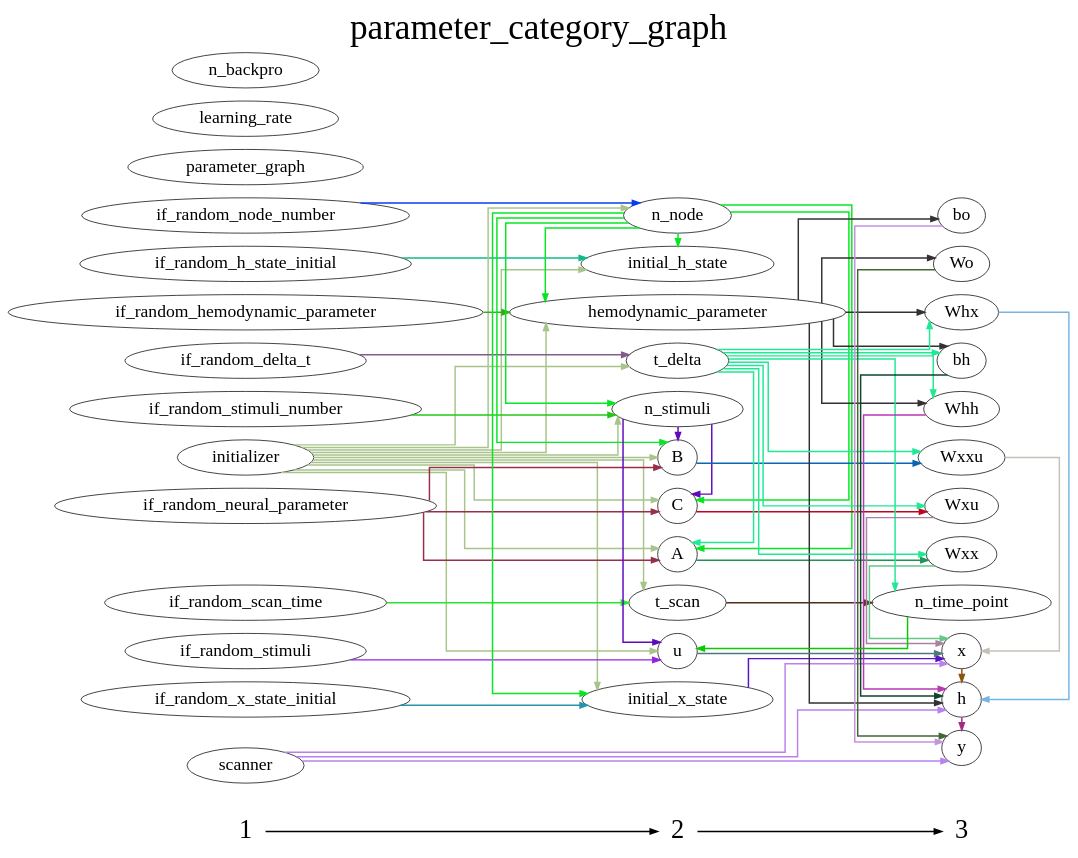
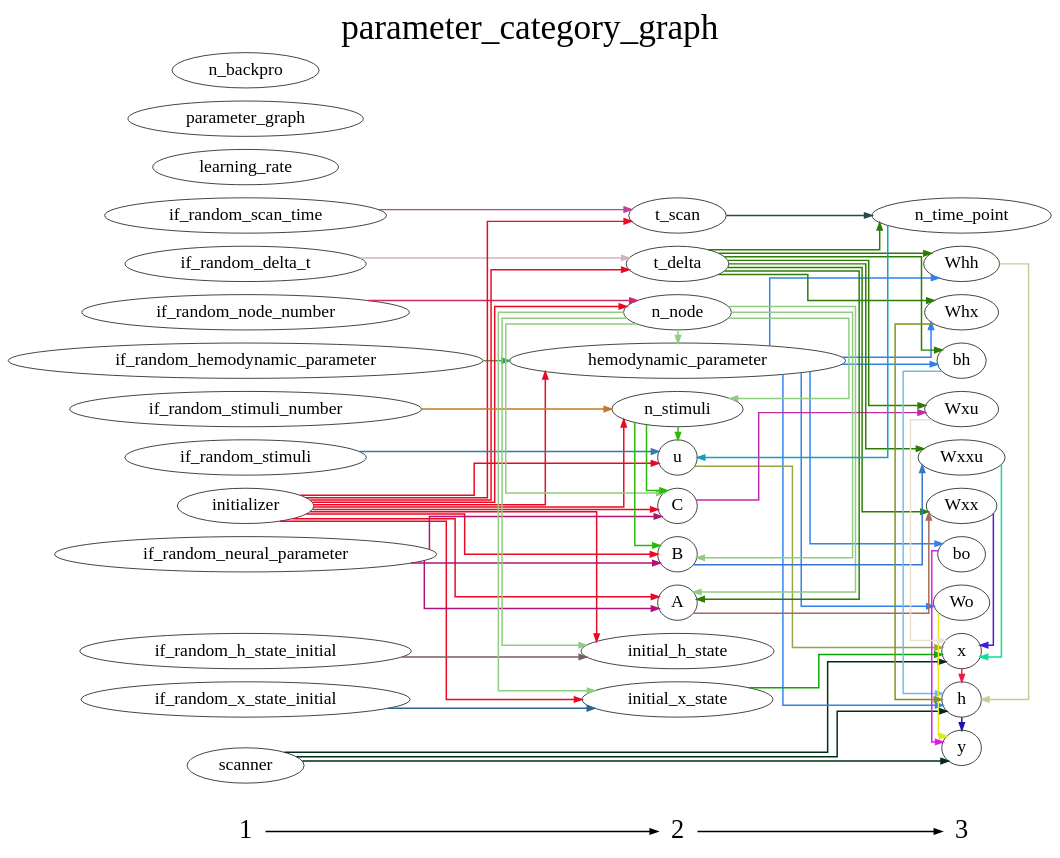
The diagram in DCM_RNN/documents/parameter_category_graph.gv (YuanWangOnward/DCM_RNN), drawn with Graphviz before and after one commit. The commit also changed 8 other files, not shown here.

```diff
--- a/DCM_RNN/documents/parameter_category_graph.gv
+++ b/DCM_RNN/documents/parameter_category_graph.gv
@@ -1,132 +1,132 @@
 digraph G {
           splines=ortho;
           fontsize = 48;
           rankdir = "LR";
           node[fontsize=24];
           edge[penwidth=2];
           {
           node [shape=plaintext fontsize=36];
           1 -> 
           2 -> 
           3
           }
           {rank = same;
           1;
+          if_random_delta_t;
+          if_random_node_number;
+          if_random_scan_time;
+          if_random_hemodynamic_parameter;
+          initializer;
+          scanner;
+          if_random_neural_parameter;
           if_random_h_state_initial;
-          initializer;
-          if_random_neural_parameter;
-          if_random_scan_time;
+          learning_rate;
+          if_random_stimuli;
+          if_random_stimuli_number;
           parameter_graph;
-          learning_rate;
-          if_random_delta_t;
-          if_random_stimuli;
-          scanner;
-          if_random_node_number;
+          if_random_x_state_initial;
           n_backpro;
-          if_random_stimuli_number;
-          if_random_x_state_initial;
-          if_random_hemodynamic_parameter;
           }
           {rank = same;
           2;
+          hemodynamic_parameter;
+          u;
+          C;
+          initial_x_state;
+          t_delta;
+          n_node;
+          t_scan;
           initial_h_state;
-          n_node;
-          initial_x_state;
-          n_stimuli;
-          C;
           A;
           B;
-          hemodynamic_parameter;
-          t_delta;
-          t_scan;
-          u;
+          n_stimuli;
           }
           {rank = same;
           3;
           Wxxu;
           bh;
-          Wxx;
-          h;
-          Wxu;
-          Whh;
+          y;
           n_time_point;
           bo;
+          h;
+          Whh;
+          Wxx;
           x;
+          Wo;
+          Wxu;
           Whx;
-          Wo;
-          y;
           }
-          Wxxu -> x [color="#C6C0B7"];
+          hemodynamic_parameter -> bh [color="#3082EC"];
+          hemodynamic_parameter -> Whh [color="#3082EC"];
+          hemodynamic_parameter -> Wo [color="#3082EC"];
+          hemodynamic_parameter -> Whx [color="#3082EC"];
+          hemodynamic_parameter -> bo [color="#3082EC"];
+          hemodynamic_parameter -> h [color="#3082EC"];
+          if_random_x_state_initial -> initial_x_state [color="#296692"];
+          Wxxu -> x [color="#05E193"];
+          bh -> h [color="#70BBEB"];
+          Wxx -> x [color="#431BE2"];
+          if_random_hemodynamic_parameter -> hemodynamic_parameter [color="#36A250"];
+          initializer -> t_delta [color="#EA0822"];
+          initializer -> t_scan [color="#EA0822"];
+          initializer -> hemodynamic_parameter [color="#EA0822"];
+          initializer -> u [color="#EA0822"];
+          initializer -> C [color="#EA0822"];
+          initializer -> initial_x_state [color="#EA0822"];
+          initializer -> n_node [color="#EA0822"];
+          initializer -> initial_h_state [color="#EA0822"];
+          initializer -> A [color="#EA0822"];
+          initializer -> B [color="#EA0822"];
+          initializer -> n_stimuli [color="#EA0822"];
+          if_random_node_number -> n_node [color="#C82B69"];
+          u -> x [color="#97A545"];
+          scanner -> x [color="#012C16"];
+          scanner -> y [color="#012C16"];
+          scanner -> h [color="#012C16"];
+          if_random_neural_parameter -> C [color="#B01378"];
+          if_random_neural_parameter -> A [color="#B01378"];
+          if_random_neural_parameter -> B [color="#B01378"];
+          t_delta -> bh [color="#2C7C04"];
+          t_delta -> Wxx [color="#2C7C04"];
+          t_delta -> n_time_point [color="#2C7C04"];
+          t_delta -> Whh [color="#2C7C04"];
+          t_delta -> Wxu [color="#2C7C04"];
+          t_delta -> Whx [color="#2C7C04"];
+          t_delta -> Wxxu [color="#2C7C04"];
+          t_delta -> A [color="#2C7C04"];
+          y ;
+          n_time_point -> u [color="#11A1B8"];
+          if_random_scan_time -> t_scan [color="#C33E98"];
+          learning_rate ;
+          bo -> y [color="#E118EB"];
+          C -> Wxu [color="#BE2CA7"];
+          if_random_h_state_initial -> initial_h_state [color="#775E63"];
+          if_random_stimuli -> u [color="#3578B4"];
+          h -> y [color="#1B15A8"];
+          Whh -> h [color="#C8CB94"];
+          if_random_stimuli_number -> n_stimuli [color="#C5782A"];
+          initial_x_state -> x [color="#0AA808"];
+          x -> h [color="#E81B4A"];
+          Wo -> y [color="#E7E917"];
           parameter_graph ;
-          initializer -> initial_x_state [color="#A8C48B"];
-          initializer -> n_stimuli [color="#A8C48B"];
-          initializer -> initial_h_state [color="#A8C48B"];
-          initializer -> C [color="#A8C48B"];
-          initializer -> B [color="#A8C48B"];
-          initializer -> t_delta [color="#A8C48B"];
-          initializer -> u [color="#A8C48B"];
-          initializer -> A [color="#A8C48B"];
-          initializer -> n_node [color="#A8C48B"];
-          initializer -> hemodynamic_parameter [color="#A8C48B"];
-          initializer -> t_scan [color="#A8C48B"];
-          bh -> h [color="#0E462A"];
-          initial_x_state -> x [color="#5C12C8"];
-          h -> y [color="#A22B83"];
-          if_random_neural_parameter -> C [color="#982E48"];
-          if_random_neural_parameter -> B [color="#982E48"];
-          if_random_neural_parameter -> A [color="#982E48"];
-          learning_rate ;
-          if_random_scan_time -> t_scan [color="#24E633"];
-          n_node -> initial_x_state [color="#06E622"];
-          n_node -> n_stimuli [color="#06E622"];
-          n_node -> initial_h_state [color="#06E622"];
-          n_node -> C [color="#06E622"];
-          n_node -> B [color="#06E622"];
-          n_node -> A [color="#06E622"];
-          n_node -> hemodynamic_parameter [color="#06E622"];
-          Wxx -> x [color="#66C886"];
-          t_delta -> bh [color="#21E895"];
-          t_delta -> Wxu [color="#21E895"];
-          t_delta -> Whh [color="#21E895"];
-          t_delta -> n_time_point [color="#21E895"];
-          t_delta -> Whx [color="#21E895"];
-          t_delta -> Wxxu [color="#21E895"];
-          t_delta -> A [color="#21E895"];
-          t_delta -> Wxx [color="#21E895"];
+          n_node -> hemodynamic_parameter [color="#91CC81"];
+          n_node -> C [color="#91CC81"];
+          n_node -> initial_x_state [color="#91CC81"];
+          n_node -> initial_h_state [color="#91CC81"];
+          n_node -> A [color="#91CC81"];
+          n_node -> B [color="#91CC81"];
+          n_node -> n_stimuli [color="#91CC81"];
+          Whx -> h [color="#80921A"];
+          n_backpro ;
+          t_scan -> n_time_point [color="#26494B"];
           initial_h_state ;
-          n_stimuli -> C [color="#610ABA"];
-          n_stimuli -> B [color="#610ABA"];
-          n_stimuli -> u [color="#610ABA"];
-          Wxu -> x [color="#A982A3"];
-          C -> Wxu [color="#BC0622"];
-          if_random_delta_t -> t_delta [color="#845C89"];
-          Whh -> h [color="#BA37B2"];
-          if_random_stimuli -> u [color="#9523E3"];
-          scanner -> x [color="#B982E9"];
-          scanner -> h [color="#B982E9"];
-          scanner -> y [color="#B982E9"];
-          if_random_node_number -> n_node [color="#0A3CEC"];
-          n_time_point -> u [color="#0BC900"];
-          n_backpro ;
-          B -> Wxxu [color="#0B66B2"];
-          y ;
-          hemodynamic_parameter -> bo [color="#353036"];
-          hemodynamic_parameter -> bh [color="#353036"];
-          hemodynamic_parameter -> Whh [color="#353036"];
-          hemodynamic_parameter -> Whx [color="#353036"];
-          hemodynamic_parameter -> h [color="#353036"];
-          hemodynamic_parameter -> Wo [color="#353036"];
-          bo -> y [color="#C593E0"];
-          Whx -> h [color="#76B4E3"];
-          if_random_stimuli_number -> n_stimuli [color="#24C617"];
-          x -> h [color="#885612"];
-          if_random_h_state_initial -> initial_h_state [color="#10BA89"];
-          Wo -> y [color="#436733"];
-          if_random_x_state_initial -> initial_x_state [color="#2793A9"];
-          t_scan -> n_time_point [color="#512C1C"];
-          u -> x [color="#527782"];
-          if_random_hemodynamic_parameter -> hemodynamic_parameter [color="#35AB19"];
-          A -> Wxx [color="#219257"];
+          A -> Wxx [color="#A9685B"];
+          Wxu -> x [color="#E7E2CB"];
+          B -> Wxxu [color="#3577CA"];
+          n_stimuli -> u [color="#2CBA0A"];
+          n_stimuli -> C [color="#2CBA0A"];
+          n_stimuli -> B [color="#2CBA0A"];
+          if_random_delta_t -> t_delta [color="#CEB6BC"];
           labelloc = "t";
           label = "parameter_category_graph";
 }
```
